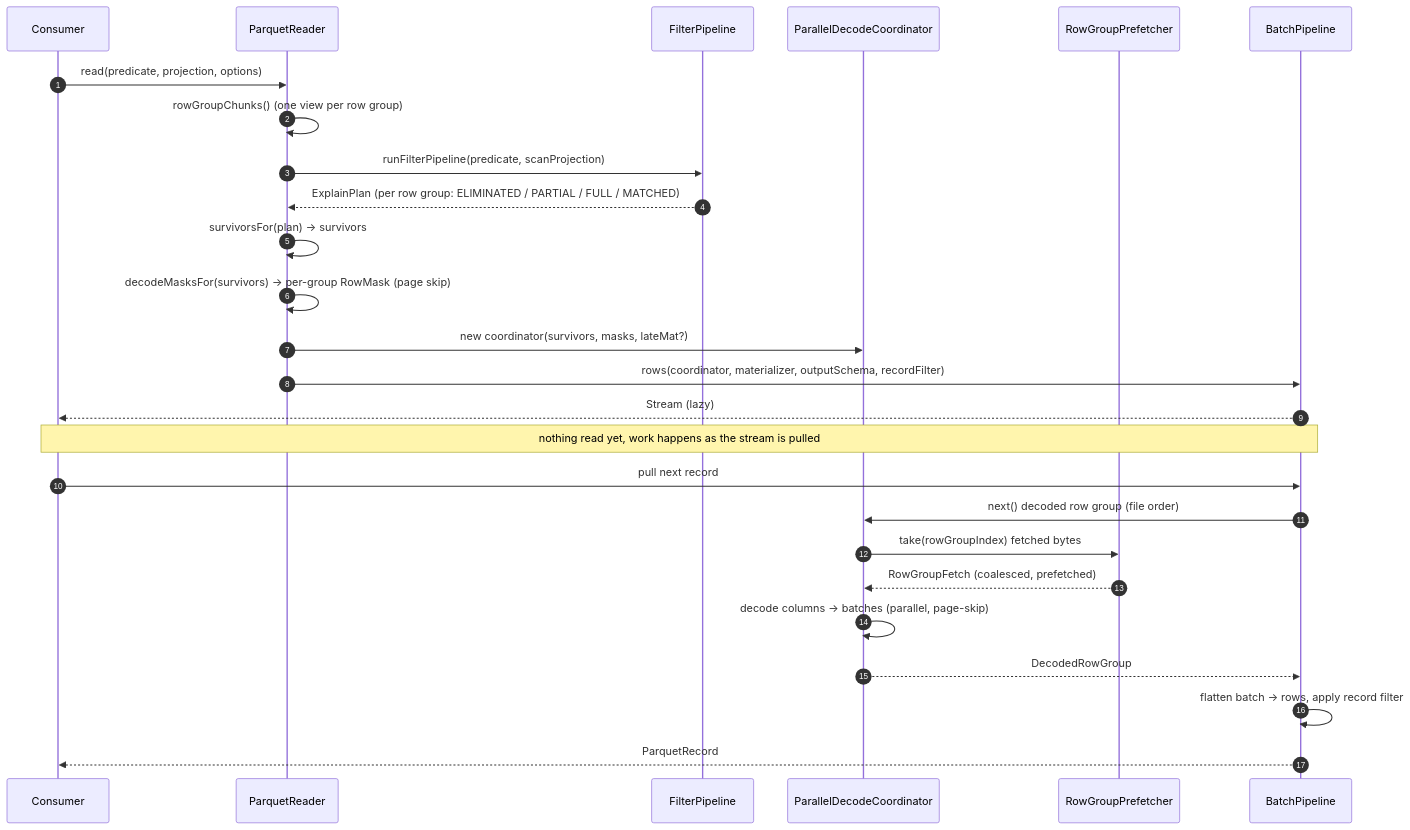
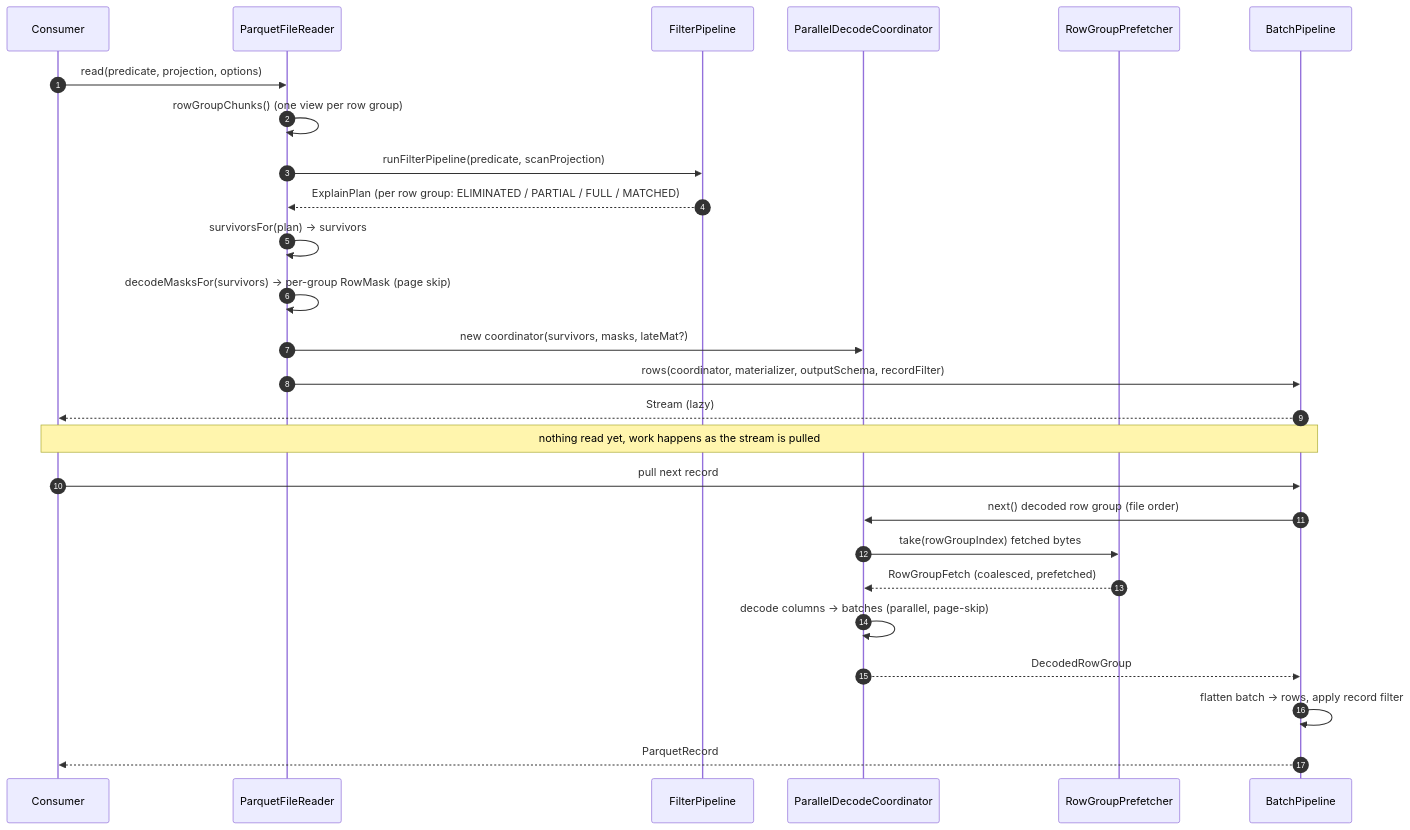
The third of 7 diagrams in docs/read-path.md (tileverse-io/parquetry), drawn with Mermaid before and after one commit. The commit also changed other lines of this file and 202 other files, not shown here.

````diff
--- a/docs/read-path.md
+++ b/docs/read-path.md
@@ -91,31 +91,31 @@
 ```mermaid
 sequenceDiagram
     autonumber
     participant C as Consumer
-    participant R as ParquetReader
+    participant R as ParquetFileReader
     participant FP as FilterPipeline
     participant DC as ParallelDecodeCoordinator
     participant PF as RowGroupPrefetcher
     participant BP as BatchPipeline
 
     C->>R: read(predicate, projection, options)
     R->>R: rowGroupChunks() (one view per row group)
     R->>FP: runFilterPipeline(predicate, scanProjection)
     FP-->>R: ExplainPlan (per row group: ELIMINATED / PARTIAL / FULL / MATCHED)
     R->>R: survivorsFor(plan) -> survivors
     R->>R: decodeMasksFor(survivors) -> per-group RowMask (page skip)
     R->>DC: new coordinator(survivors, masks, lateMat?)
     R->>BP: rows(coordinator, materializer, outputSchema, recordFilter)
     BP-->>C: Stream (lazy)
 
     Note over C,BP: nothing read yet, work happens as the stream is pulled
 
     C->>BP: pull next record
     BP->>DC: next() decoded row group (file order)
     DC->>PF: take(rowGroupIndex) fetched bytes
     PF-->>DC: RowGroupFetch (coalesced, prefetched)
     DC->>DC: decode columns -> batches (parallel, page-skip)
     DC-->>BP: DecodedRowGroup
     BP->>BP: flatten batch -> rows, apply record filter
     BP-->>C: ParquetRecord
 ```
````
